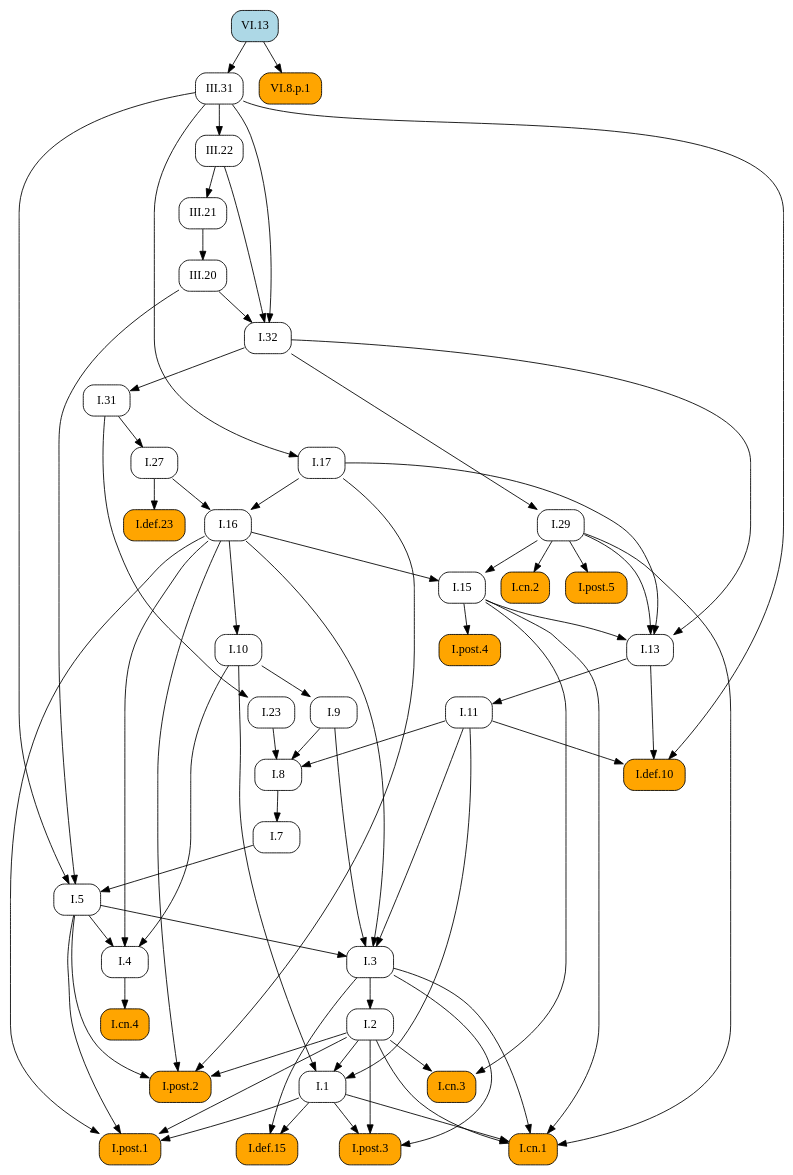
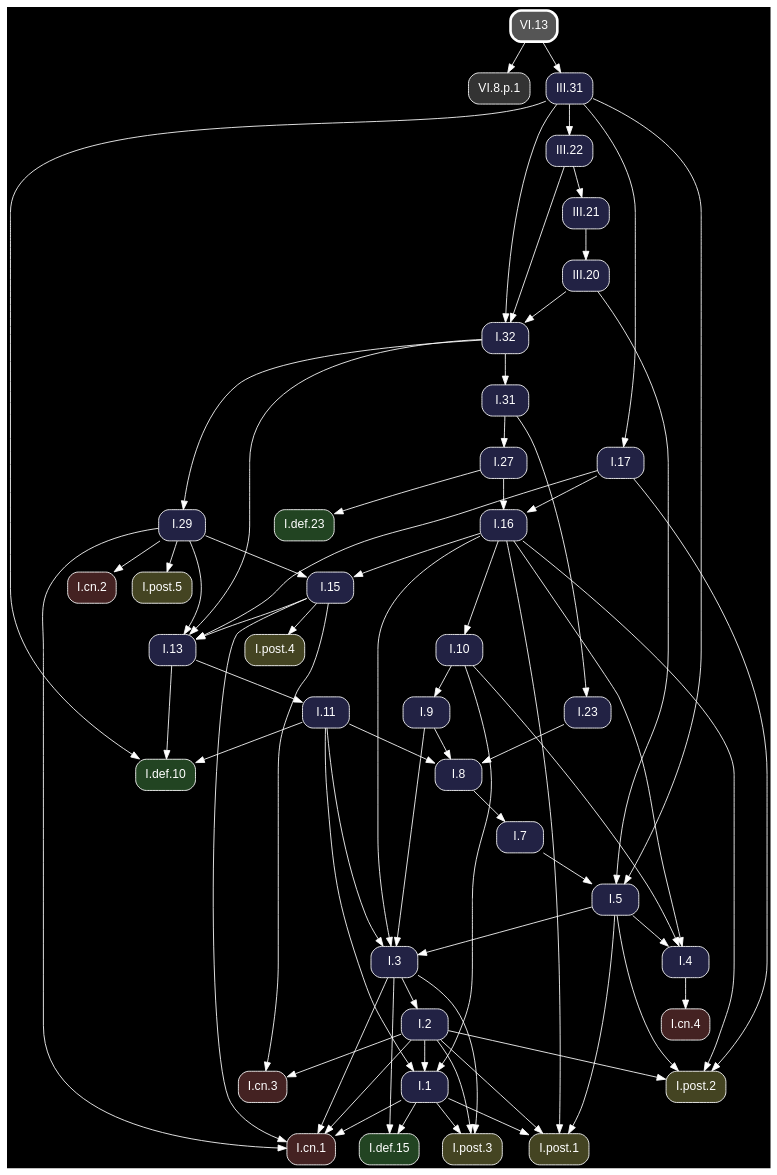
The diagram in docsrc/heath/VI/13/index.rst (geometor/elements), drawn with Graphviz before and after one commit. The commit also changed other lines of this file and 1200 other files, not shown here.

Commit message:
update dependency graphs

```diff
--- a/docsrc/heath/VI/13/index.rst
+++ b/docsrc/heath/VI/13/index.rst
@@ -35,67 +35,51 @@
 .. graphviz::
 
    digraph {
+     bgcolor="black";
+     node [shape=box, style="rounded,filled", fontname="Helvetica", color="white", fontcolor="white"];
+     edge [color="white", fontcolor="white"];
      rankdir="TB";
-     node [shape=box, style=rounded];
-     "I.23" [URL="/heath/I/23/", target="_top"];
-     "I.9" [URL="/heath/I/9/", target="_top"];
-     "I.32" [URL="/heath/I/32/", target="_top"];
-     "I.def.15" [style="rounded,filled", fillcolor=orange, URL="/heath/I/def.15/", target="_top"];
-     "I.post.3" [style="rounded,filled", fillcolor=orange, URL="/heath/I/post.3/", target="_top"];
-     "I.post.1" [style="rounded,filled", fillcolor=orange, URL="/heath/I/post.1/", target="_top"];
-     "III.20" [URL="/heath/III/20/", target="_top"];
-     "I.31" [URL="/heath/I/31/", target="_top"];
-     "III.22" [URL="/heath/III/22/", target="_top"];
-     "I.def.10" [style="rounded,filled", fillcolor=orange, URL="/heath/I/def.10/", target="_top"];
-     "VI.8.p.1" [style="rounded,filled", fillcolor=orange];
-     "VI.13" [style="rounded,filled", fillcolor=lightblue, URL="/heath/VI/13/", target="_top"];
-     "I.27" [URL="/heath/I/27/", target="_top"];
-     "I.3" [URL="/heath/I/3/", target="_top"];
-     "I.cn.1" [style="rounded,filled", fillcolor=orange, URL="/heath/I/cn.1/", target="_top"];
-     "I.7" [URL="/heath/I/7/", target="_top"];
-     "I.2" [URL="/heath/I/2/", target="_top"];
-     "I.13" [URL="/heath/I/13/", target="_top"];
-     "I.post.4" [style="rounded,filled", fillcolor=orange, URL="/heath/I/post.4/", target="_top"];
-     "I.4" [URL="/heath/I/4/", target="_top"];
-     "I.1" [URL="/heath/I/1/", target="_top"];
-     "I.5" [URL="/heath/I/5/", target="_top"];
-     "I.17" [URL="/heath/I/17/", target="_top"];
-     "I.8" [URL="/heath/I/8/", target="_top"];
-     "I.29" [URL="/heath/I/29/", target="_top"];
-     "I.cn.3" [style="rounded,filled", fillcolor=orange, URL="/heath/I/cn.3/", target="_top"];
-     "I.16" [URL="/heath/I/16/", target="_top"];
-     "III.31" [URL="/heath/III/31/", target="_top"];
-     "I.15" [URL="/heath/I/15/", target="_top"];
-     "I.10" [URL="/heath/I/10/", target="_top"];
-     "I.11" [URL="/heath/I/11/", target="_top"];
-     "I.def.23" [style="rounded,filled", fillcolor=orange, URL="/heath/I/def.23/", target="_top"];
-     "I.cn.2" [style="rounded,filled", fillcolor=orange, URL="/heath/I/cn.2/", target="_top"];
-     "I.post.5" [style="rounded,filled", fillcolor=orange, URL="/heath/I/post.5/", target="_top"];
-     "III.21" [URL="/heath/III/21/", target="_top"];
-     "I.cn.4" [style="rounded,filled", fillcolor=orange, URL="/heath/I/cn.4/", target="_top"];
-     "I.post.2" [style="rounded,filled", fillcolor=orange, URL="/heath/I/post.2/", target="_top"];
-     "I.31" -> "I.23";
-     "I.10" -> "I.9";
+     "I.31" [fillcolor="#222244", URL="/heath/I/31/", target="_top"];
+     "I.32" [fillcolor="#222244", URL="/heath/I/32/", target="_top"];
+     "I.3" [fillcolor="#222244", URL="/heath/I/3/", target="_top"];
+     "I.cn.1" [fillcolor="#442222", URL="/heath/I/cn.1/", target="_top"];
+     "I.def.10" [fillcolor="#224422", URL="/heath/I/def.10/", target="_top"];
+     "I.15" [fillcolor="#222244", URL="/heath/I/15/", target="_top"];
+     "VI.8.p.1" [fillcolor="#333333"];
+     "I.13" [fillcolor="#222244", URL="/heath/I/13/", target="_top"];
+     "I.27" [fillcolor="#222244", URL="/heath/I/27/", target="_top"];
+     "I.2" [fillcolor="#222244", URL="/heath/I/2/", target="_top"];
+     "I.cn.2" [fillcolor="#442222", URL="/heath/I/cn.2/", target="_top"];
+     "VI.13" [penwidth=3, color="white", fillcolor="#555555", URL="/heath/VI/13/", target="_top"];
+     "I.9" [fillcolor="#222244", URL="/heath/I/9/", target="_top"];
+     "I.1" [fillcolor="#222244", URL="/heath/I/1/", target="_top"];
+     "I.post.5" [fillcolor="#444422", URL="/heath/I/post.5/", target="_top"];
+     "I.post.4" [fillcolor="#444422", URL="/heath/I/post.4/", target="_top"];
+     "I.23" [fillcolor="#222244", URL="/heath/I/23/", target="_top"];
+     "I.8" [fillcolor="#222244", URL="/heath/I/8/", target="_top"];
+     "I.4" [fillcolor="#222244", URL="/heath/I/4/", target="_top"];
+     "I.7" [fillcolor="#222244", URL="/heath/I/7/", target="_top"];
+     "I.5" [fillcolor="#222244", URL="/heath/I/5/", target="_top"];
+     "I.10" [fillcolor="#222244", URL="/heath/I/10/", target="_top"];
+     "III.22" [fillcolor="#222244", URL="/heath/III/22/", target="_top"];
+     "I.post.1" [fillcolor="#444422", URL="/heath/I/post.1/", target="_top"];
+     "I.11" [fillcolor="#222244", URL="/heath/I/11/", target="_top"];
+     "I.16" [fillcolor="#222244", URL="/heath/I/16/", target="_top"];
+     "I.cn.3" [fillcolor="#442222", URL="/heath/I/cn.3/", target="_top"];
+     "III.21" [fillcolor="#222244", URL="/heath/III/21/", target="_top"];
+     "I.post.2" [fillcolor="#444422", URL="/heath/I/post.2/", target="_top"];
+     "I.29" [fillcolor="#222244", URL="/heath/I/29/", target="_top"];
+     "I.cn.4" [fillcolor="#442222", URL="/heath/I/cn.4/", target="_top"];
+     "I.def.23" [fillcolor="#224422", URL="/heath/I/def.23/", target="_top"];
+     "III.31" [fillcolor="#222244", URL="/heath/III/31/", target="_top"];
+     "I.post.3" [fillcolor="#444422", URL="/heath/I/post.3/", target="_top"];
+     "III.20" [fillcolor="#222244", URL="/heath/III/20/", target="_top"];
+     "I.def.15" [fillcolor="#224422", URL="/heath/I/def.15/", target="_top"];
+     "I.17" [fillcolor="#222244", URL="/heath/I/17/", target="_top"];
+     "I.32" -> "I.31";
      "III.20" -> "I.32";
      "III.22" -> "I.32";
      "III.31" -> "I.32";
-     "I.1" -> "I.def.15";
-     "I.3" -> "I.def.15";
-     "I.1" -> "I.post.3";
-     "I.2" -> "I.post.3";
-     "I.3" -> "I.post.3";
-     "I.1" -> "I.post.1";
-     "I.2" -> "I.post.1";
-     "I.5" -> "I.post.1";
-     "I.16" -> "I.post.1";
-     "III.21" -> "III.20";
-     "I.32" -> "I.31";
-     "III.31" -> "III.22";
-     "I.11" -> "I.def.10";
-     "I.13" -> "I.def.10";
-     "III.31" -> "I.def.10";
-     "VI.13" -> "VI.8.p.1";
-     "I.31" -> "I.27";
      "I.5" -> "I.3";
      "I.9" -> "I.3";
      "I.11" -> "I.3";
@@ -105,43 +89,61 @@
      "I.3" -> "I.cn.1";
      "I.15" -> "I.cn.1";
      "I.29" -> "I.cn.1";
-     "I.8" -> "I.7";
-     "I.3" -> "I.2";
+     "I.11" -> "I.def.10";
+     "I.13" -> "I.def.10";
+     "III.31" -> "I.def.10";
+     "I.16" -> "I.15";
+     "I.29" -> "I.15";
+     "VI.13" -> "VI.8.p.1";
      "I.15" -> "I.13";
      "I.17" -> "I.13";
      "I.29" -> "I.13";
      "I.32" -> "I.13";
+     "I.31" -> "I.27";
+     "I.3" -> "I.2";
+     "I.29" -> "I.cn.2";
+     "I.10" -> "I.9";
+     "I.2" -> "I.1";
+     "I.10" -> "I.1";
+     "I.11" -> "I.1";
+     "I.29" -> "I.post.5";
      "I.15" -> "I.post.4";
+     "I.31" -> "I.23";
+     "I.9" -> "I.8";
+     "I.11" -> "I.8";
+     "I.23" -> "I.8";
      "I.5" -> "I.4";
      "I.10" -> "I.4";
      "I.16" -> "I.4";
-     "I.2" -> "I.1";
-     "I.10" -> "I.1";
-     "I.11" -> "I.1";
+     "I.8" -> "I.7";
      "I.7" -> "I.5";
      "III.20" -> "I.5";
      "III.31" -> "I.5";
-     "III.31" -> "I.17";
-     "I.9" -> "I.8";
-     "I.11" -> "I.8";
-     "I.23" -> "I.8";
-     "I.32" -> "I.29";
+     "I.16" -> "I.10";
+     "III.31" -> "III.22";
+     "I.1" -> "I.post.1";
+     "I.2" -> "I.post.1";
+     "I.5" -> "I.post.1";
+     "I.16" -> "I.post.1";
+     "I.13" -> "I.11";
+     "I.17" -> "I.16";
+     "I.27" -> "I.16";
      "I.2" -> "I.cn.3";
      "I.15" -> "I.cn.3";
-     "I.17" -> "I.16";
-     "I.27" -> "I.16";
-     "VI.13" -> "III.31";
-     "I.16" -> "I.15";
-     "I.29" -> "I.15";
-     "I.16" -> "I.10";
-     "I.13" -> "I.11";
-     "I.27" -> "I.def.23";
-     "I.29" -> "I.cn.2";
-     "I.29" -> "I.post.5";
      "III.22" -> "III.21";
-     "I.4" -> "I.cn.4";
      "I.2" -> "I.post.2";
      "I.5" -> "I.post.2";
      "I.16" -> "I.post.2";
      "I.17" -> "I.post.2";
+     "I.32" -> "I.29";
+     "I.4" -> "I.cn.4";
+     "I.27" -> "I.def.23";
+     "VI.13" -> "III.31";
+     "I.1" -> "I.post.3";
+     "I.2" -> "I.post.3";
+     "I.3" -> "I.post.3";
+     "III.21" -> "III.20";
+     "I.1" -> "I.def.15";
+     "I.3" -> "I.def.15";
+     "III.31" -> "I.17";
    }
```
